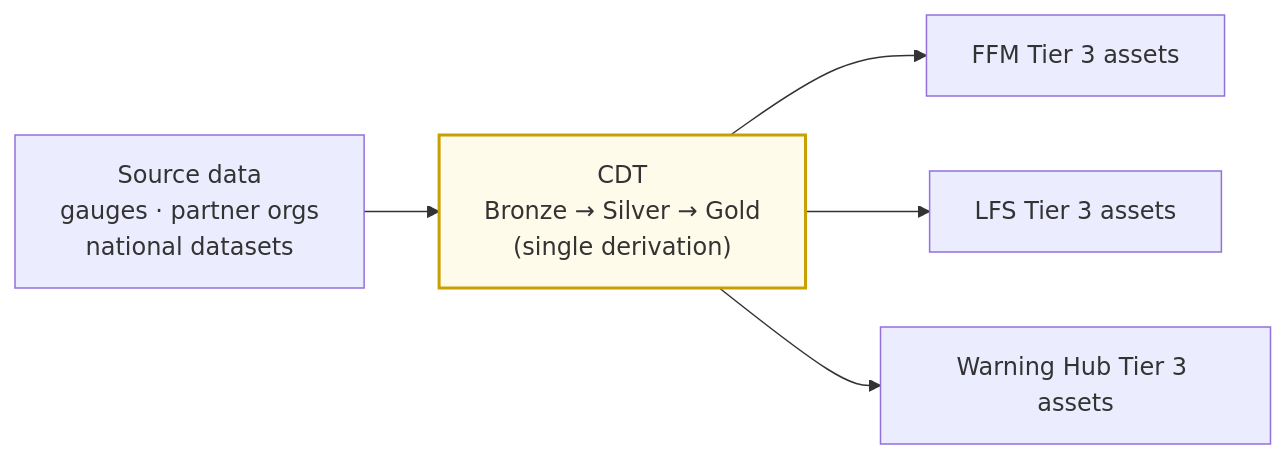
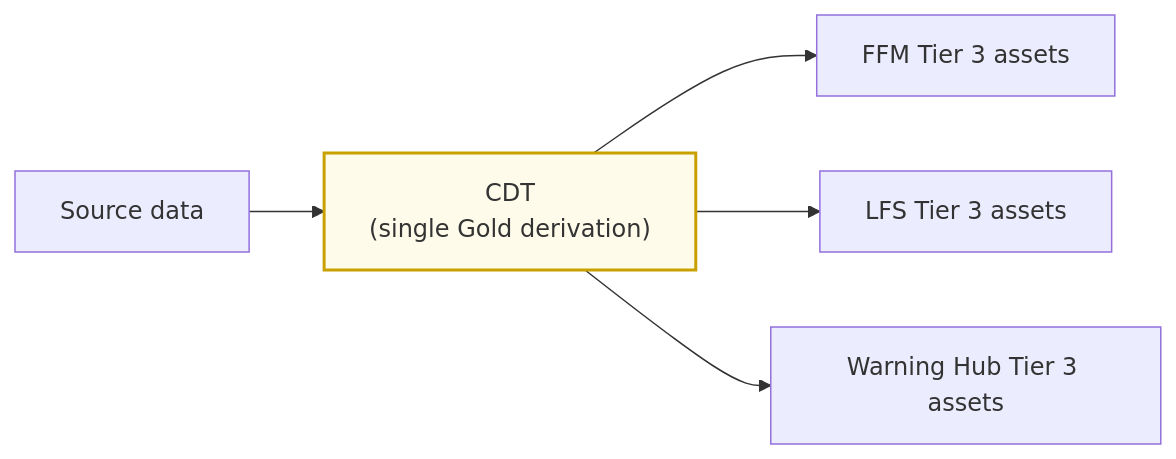
Before and after one commit to JonPayneEA/Governance: the second of 2 diagrams in 03-shared-datasets.qmd, drawn with Mermaid. The commit also changed other lines of this file and 2 other files, not shown here.

First line of the commit message:
fix: replace \n with <br/> in Mermaid node labels; simplify multi-line labels

````diff
--- a/03-shared-datasets.qmd
+++ b/03-shared-datasets.qmd
@@ -87,12 +92,15 @@
 ```{mermaid}
 graph LR
-    SRC["Source data\ngauges · partner orgs\nnational datasets"]
+    SRC["Source data"]
+    CDT["CDT<br/>(single Gold derivation)"]
+    FFM_T3["FFM Tier 3 assets"]
+    LFS_T3["LFS Tier 3 assets"]
+    WH_T3["Warning Hub Tier 3 assets"]
 
-    SRC --> CDT["CDT\nBronze → Silver → Gold\n(single derivation)"]
-
-    CDT --> FFM_T3["FFM Tier 3 assets"]
-    CDT --> LFS_T3["LFS Tier 3 assets"]
-    CDT --> WH_T3["Warning Hub Tier 3 assets"]
+    SRC --> CDT
+    CDT --> FFM_T3
+    CDT --> LFS_T3
+    CDT --> WH_T3
 
     style CDT fill:#fffbea,stroke:#c8a000,stroke-width:2px
 ```
````
